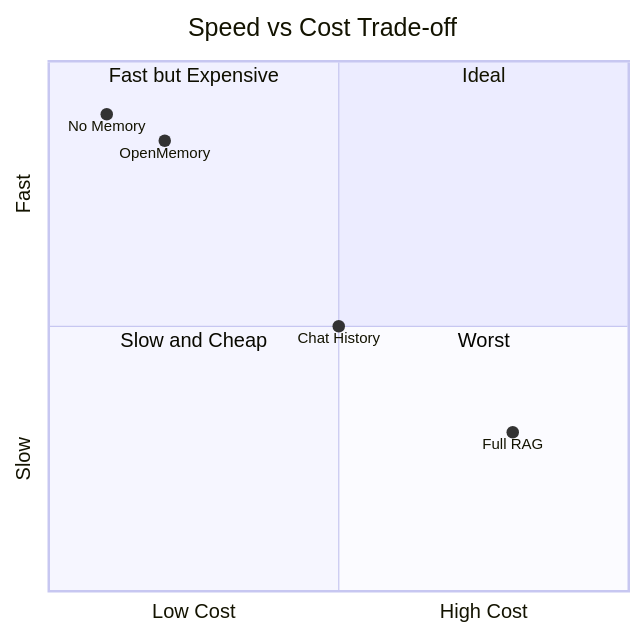
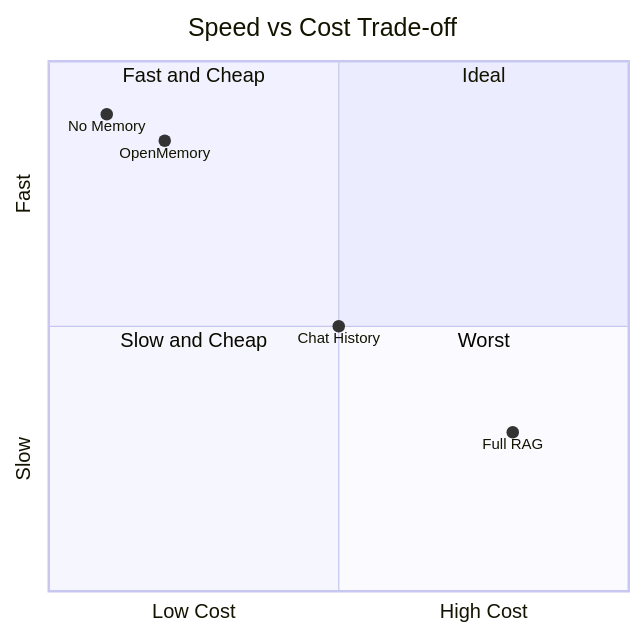
Before and after one commit to OpenTech-Lab/openmemory: diagram 12 of 13 in docs/DESIGN.md, drawn with Mermaid. The commit also changed 1 other file, not shown here.

Commit message:
docs: update README and DESIGN.md for clarity and improved descriptions

````diff
--- a/docs/DESIGN.md
+++ b/docs/DESIGN.md
@@ -391,14 +391,14 @@
 ```mermaid
 quadrantChart
     title Speed vs Cost Trade-off
     x-axis Low Cost --> High Cost
     y-axis Slow --> Fast
     quadrant-1 Ideal
-    quadrant-2 Fast but Expensive
+    quadrant-2 Fast and Cheap
     quadrant-3 Slow and Cheap
     quadrant-4 Worst
     OpenMemory: [0.2, 0.85]
     Full RAG: [0.8, 0.3]
     Chat History: [0.5, 0.5]
     No Memory: [0.1, 0.9]
 ```
````
